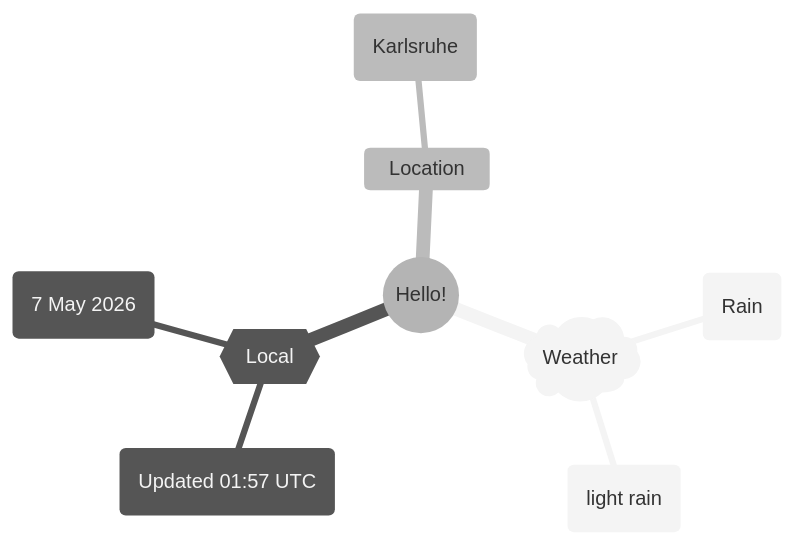
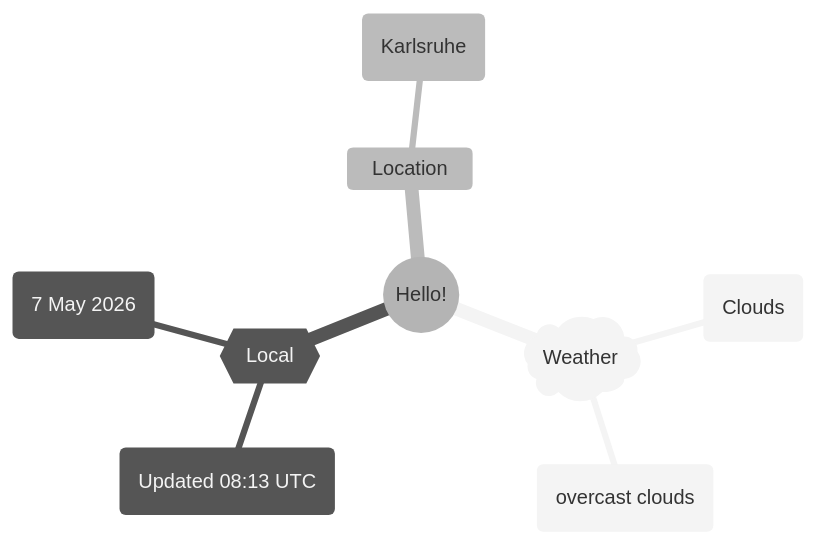
The first of 2 diagrams in README.md (Xosrov/Xosrov), drawn with Mermaid (neutral theme) before and after one commit.

Commit message:
[bot] updated images

````diff
--- a/README.md
+++ b/README.md
@@ -3,12 +3,12 @@
 ```mermaid
 mindmap
   root((Hello!))
     )Weather(
-        (Rain)
-        (light rain)
+        (Clouds)
+        (overcast clouds)
     {{Local}}
-        (Updated 01:57 UTC)
+        (Updated 08:13 UTC)
         (7 May 2026)
     Location
         (Karlsruhe)
 ```
````
